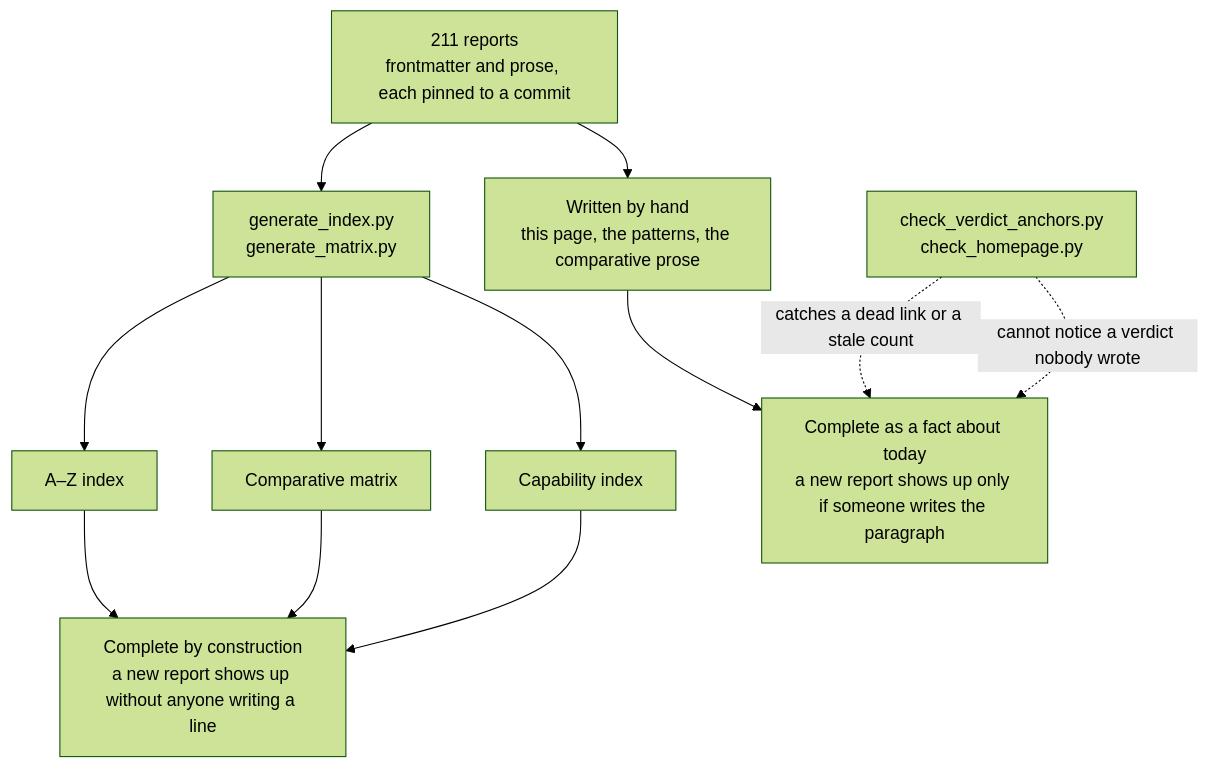
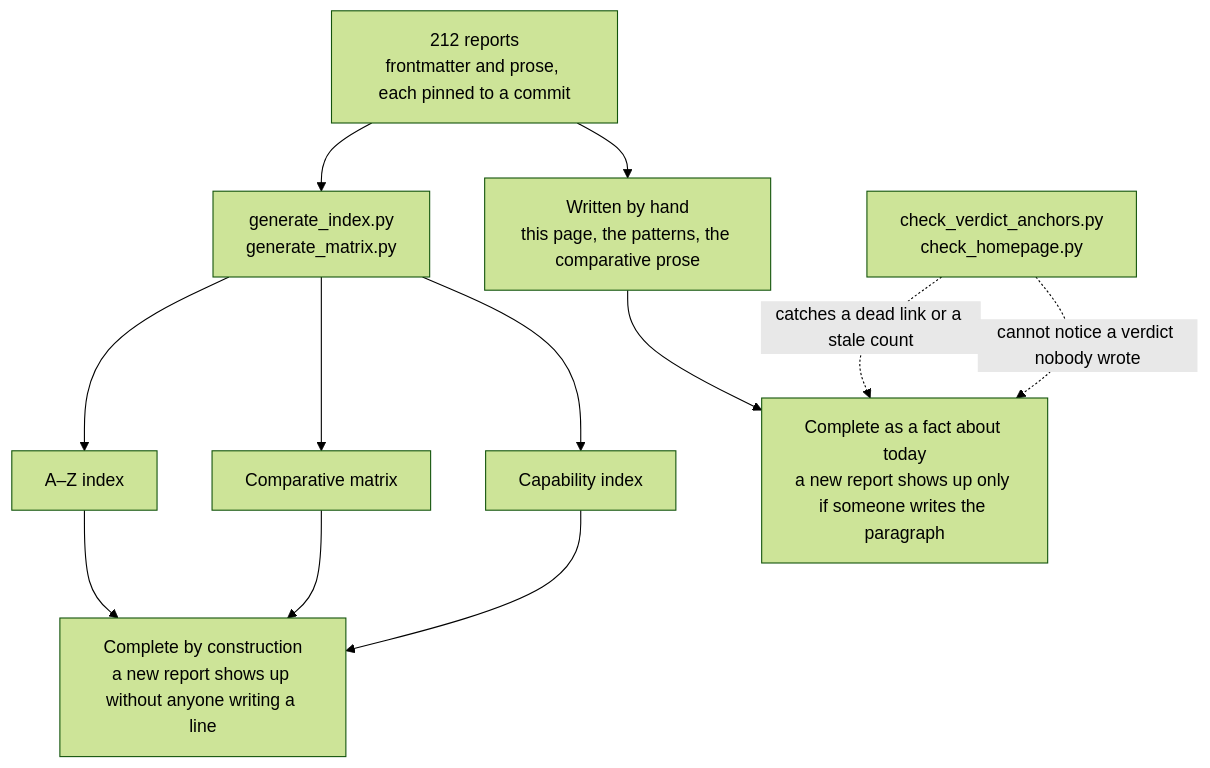
The diagram in content/verdicts.md (neoneye/agent-memory-atlas), drawn with Mermaid (forest theme) before and after one commit. The commit also changed other lines of this file and 230 other files, not shown here.

````diff
--- a/content/verdicts.md
+++ b/content/verdicts.md
@@ -40,15 +40,15 @@
 ```mermaid
 flowchart TD
-    R["211 reports<br/>frontmatter and prose, each pinned to a commit"]
+    R["212 reports<br/>frontmatter and prose, each pinned to a commit"]
     R --> GEN["generate_index.py<br/>generate_matrix.py"]
     R --> HAND["Written by hand<br/>this page, the patterns, the comparative prose"]
     GEN --> AZ["A–Z index"]
     GEN --> MX["Comparative matrix"]
     GEN --> CI["Capability index"]
     AZ --> CONST["Complete by construction<br/>a new report shows up without anyone writing a line"]
     MX --> CONST
     CI --> CONST
     HAND --> TODAY["Complete as a fact about today<br/>a new report shows up only if someone writes the paragraph"]
     CHK["check_verdict_anchors.py<br/>check_homepage.py"] -.->|"catches a dead link or a stale count"| TODAY
     CHK -.->|"cannot notice a verdict nobody wrote"| TODAY
 ```
````
